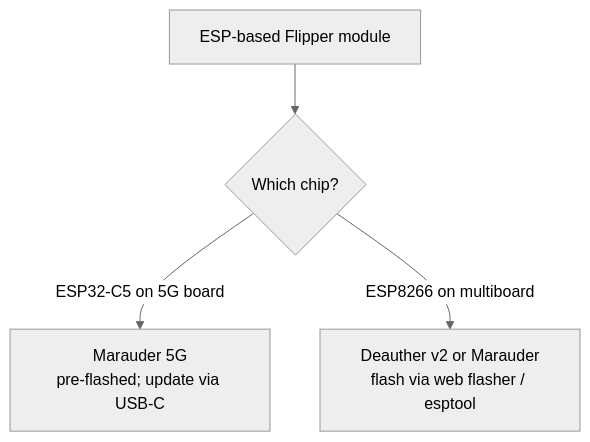
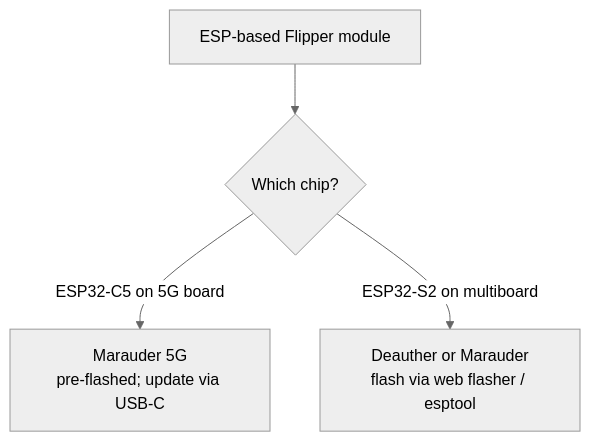
Before and after one commit to yopitek/yupitek-wiki: the second of 2 diagrams in docs/04-sdrlab/firmware.md, drawn with Mermaid (neutral theme). The commit also changed other lines of this file and 14 other files, not shown here.

Commit message:
docs(wifi-multiboard): chip is ESP32-S2 (owner-confirmed), all locales

````diff
--- a/docs/04-sdrlab/firmware.md
+++ b/docs/04-sdrlab/firmware.md
@@ -110,6 +110,6 @@
 ```mermaid
 flowchart TD
     A[ESP-based Flipper module] --> B{Which chip?}
     B -->|ESP32-C5 on 5G board| C[Marauder 5G<br/>pre-flashed; update via USB-C]
-    B -->|ESP8266 on multiboard| D[Deauther v2 or Marauder<br/>flash via web flasher / esptool]
+    B -->|ESP32-S2 on multiboard| D[Deauther or Marauder<br/>flash via web flasher / esptool]
 ```
````
